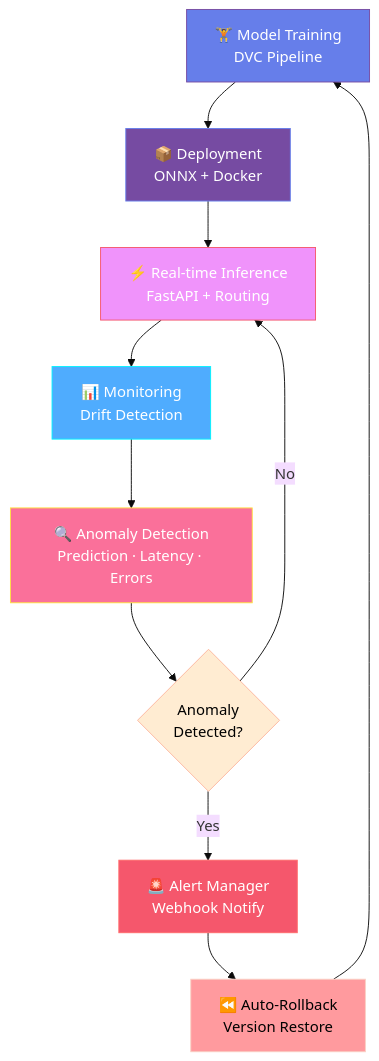
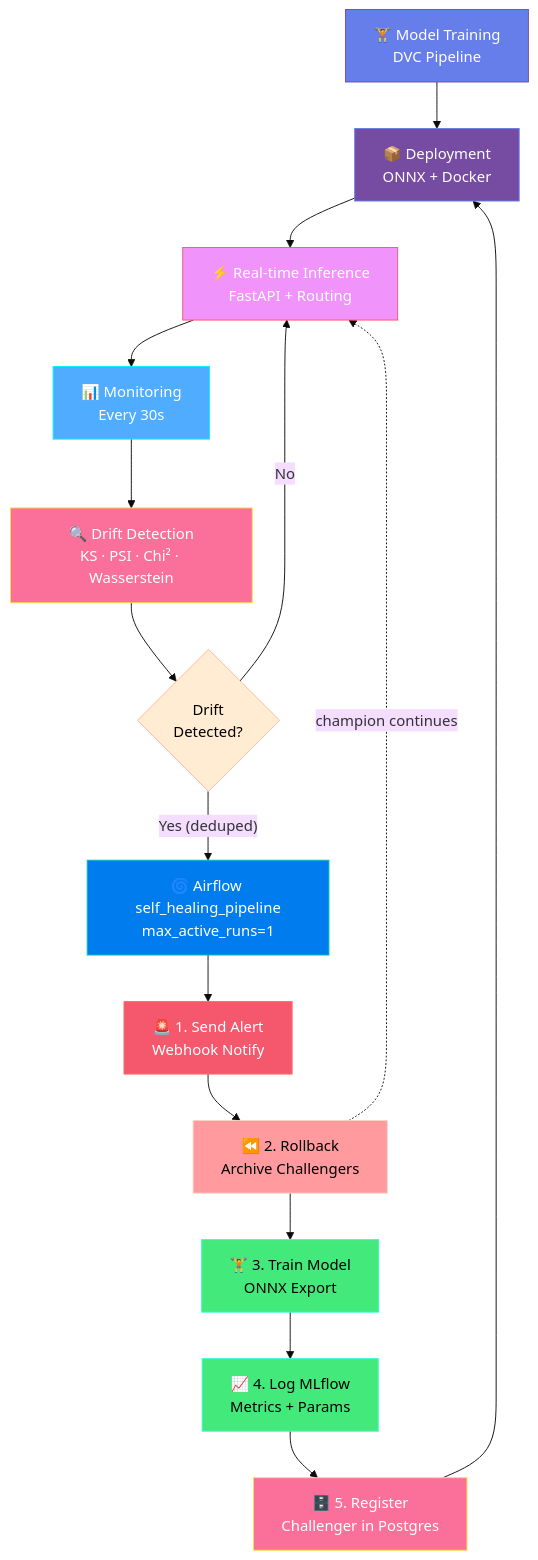
One commit to vtnguyen04/phoenix_ML changed the second of 2 diagrams in README.md. Above: the diagram before and after it, drawn with Mermaid (base theme). The commit also changed other lines of this file and 5 other files, not shown here.

````diff
--- a/README.md
+++ b/README.md
@@ -86,21 +87,30 @@
 ```mermaid
 graph TD
-    Train[🏋️ Model Training<br/>DVC Pipeline] --> Deploy[📦 Deployment<br/>ONNX + Docker]
-    Deploy --> Serve[⚡ Real-time Inference<br/>FastAPI + Routing]
-    Serve --> Monitor[📊 Monitoring<br/>Drift Detection]
-    Monitor --> Anomaly[🔍 Anomaly Detection<br/>Prediction · Latency · Errors]
-    Anomaly --> Decision{Anomaly<br/>Detected?}
+    Train["🏋️ Model Training<br/>DVC Pipeline"] --> Deploy["📦 Deployment<br/>ONNX + Docker"]
+    Deploy --> Serve["⚡ Real-time Inference<br/>FastAPI + Routing"]
+    Serve --> Monitor["📊 Monitoring<br/>Every 30s"]
+    Monitor --> Anomaly["🔍 Drift Detection<br/>KS · PSI · Chi² · Wasserstein"]
+    Anomaly --> Decision{"Drift<br/>Detected?"}
     Decision -->|No| Serve
-    Decision -->|Yes| Alert[🚨 Alert Manager<br/>Webhook Notify]
-    Alert --> Rollback[⏪ Auto-Rollback<br/>Version Restore]
-    Rollback --> Train
+    Decision -->|"Yes (deduped)"| Airflow["🌀 Airflow self_healing_pipeline<br/>max_active_runs=1"]
+    Airflow --> T1["🚨 1. Send Alert<br/>Webhook Notify"]
+    T1 --> T2["⏪ 2. Rollback<br/>Archive Challengers"]
+    T2 --> T3["🏋️ 3. Train Model<br/>ONNX Export"]
+    T3 --> T4["📈 4. Log MLflow<br/>Metrics + Params"]
+    T4 --> T5["🗄️ 5. Register<br/>Challenger in Postgres"]
+    T5 --> Deploy
+    T2 -.->|champion continues| Serve
 
     style Train fill:#667eea,stroke:#764ba2,color:#fff
     style Deploy fill:#764ba2,stroke:#667eea,color:#fff
     style Serve fill:#f093fb,stroke:#f5576c,color:#fff
     style Monitor fill:#4facfe,stroke:#00f2fe,color:#fff
     style Anomaly fill:#fa709a,stroke:#fee140,color:#fff
     style Decision fill:#ffecd2,stroke:#fcb69f,color:#000
-    style Alert fill:#f5576c,stroke:#ff6b6b,color:#fff
-    style Rollback fill:#ff9a9e,stroke:#fad0c4,color:#000
+    style Airflow fill:#017cee,stroke:#00c7b7,color:#fff
+    style T1 fill:#f5576c,stroke:#ff6b6b,color:#fff
+    style T2 fill:#ff9a9e,stroke:#fad0c4,color:#000
+    style T3 fill:#43e97b,stroke:#38f9d7,color:#000
+    style T4 fill:#43e97b,stroke:#38f9d7,color:#000
+    style T5 fill:#fa709a,stroke:#fee140,color:#fff
 ```
````
